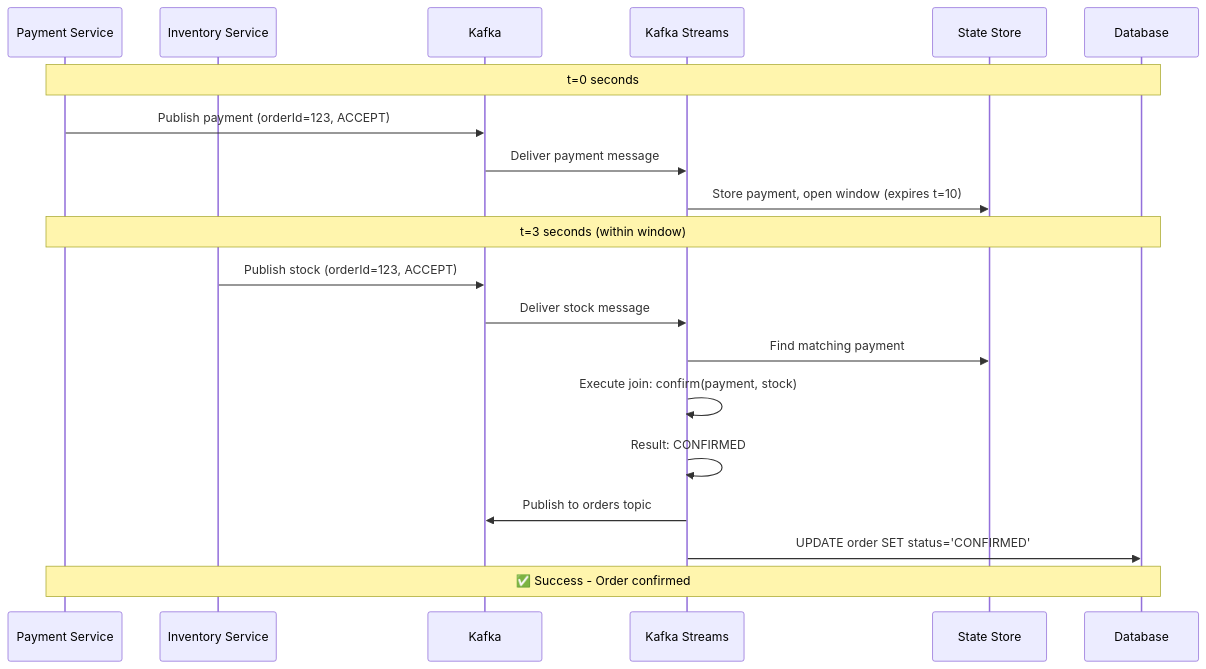
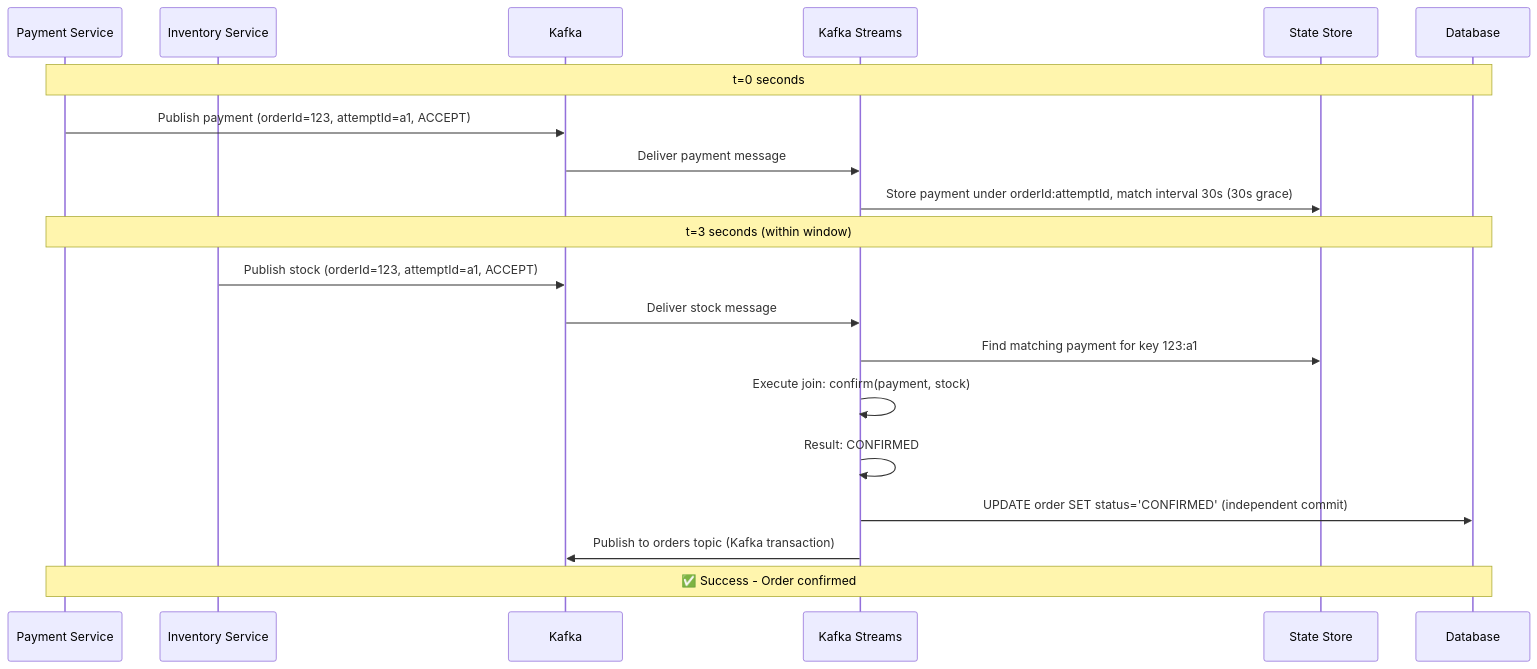
One commit to rajadilipkolli/spring-boot-microservices-series-v2 changed the eighth of 10 diagrams in order-service/docs/06-Saga-Confusion-Points-Clarified.md. Above: the diagram before and after it, drawn with Mermaid. The commit also changed other lines of this file and 12 other files, not shown here.

Commit message:
docs : correct Kafka transaction guarantees and OAuth2 security examples

````diff
--- a/order-service/docs/06-Saga-Confusion-Points-Clarified.md
+++ b/order-service/docs/06-Saga-Confusion-Points-Clarified.md
@@ -393,25 +361,25 @@
 ```mermaid
 sequenceDiagram
     participant PS as Payment Service
     participant IS as Inventory Service
     participant K as Kafka
     participant KS as Kafka Streams
     participant SS as State Store
     participant DB as Database
     
     Note over PS,DB: t=0 seconds
-    PS->>K: Publish payment (orderId=123, ACCEPT)
+    PS->>K: Publish payment (orderId=123, attemptId=a1, ACCEPT)
     K->>KS: Deliver payment message
-    KS->>SS: Store payment, open window (expires t=10)
+    KS->>SS: Store payment under orderId:attemptId, match interval 30s (30s grace)
     
     Note over PS,DB: t=3 seconds (within window)
-    IS->>K: Publish stock (orderId=123, ACCEPT)
+    IS->>K: Publish stock (orderId=123, attemptId=a1, ACCEPT)
     K->>KS: Deliver stock message
-    KS->>SS: Find matching payment
+    KS->>SS: Find matching payment for key 123:a1
     KS->>KS: Execute join: confirm(payment, stock)
     KS->>KS: Result: CONFIRMED
-    KS->>K: Publish to orders topic
-    KS->>DB: UPDATE order SET status='CONFIRMED'
+    KS->>DB: UPDATE order SET status='CONFIRMED' (independent commit)
+    KS->>K: Publish to orders topic (Kafka transaction)
     
     Note over PS,DB: ✅ Success - Order confirmed
 ```
````
